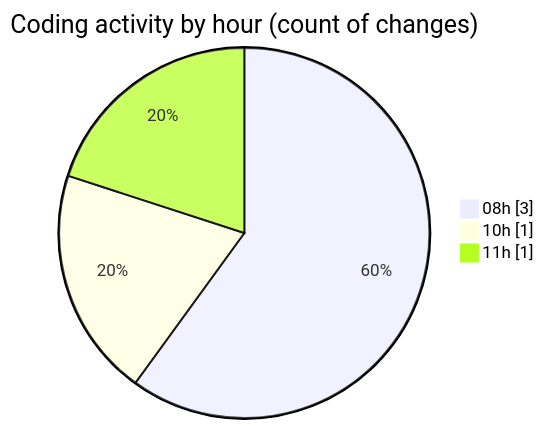
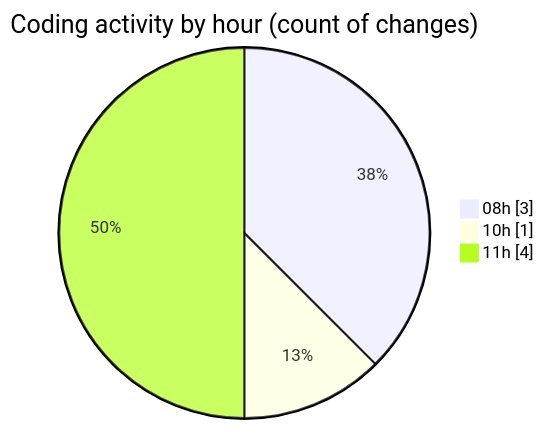
One commit to ricardozamudiocil/code-tracking changed the second of 2 diagrams in 2026-11-12/scripts/README.md. Above: the diagram before and after it, drawn with Mermaid. The commit also changed other lines of this file and 1 other file, not shown here.

````diff
--- a/2026-11-12/scripts/README.md
+++ b/2026-11-12/scripts/README.md
@@ -30,7 +30,7 @@
 ```mermaid
 pie showData
 title Coding activity by hour (count of changes)
 "08h" : 3
 "10h" : 1
-"11h" : 1
+"11h" : 4
 ```
````
